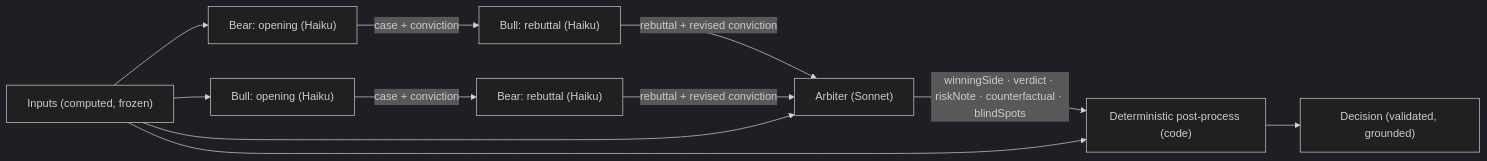
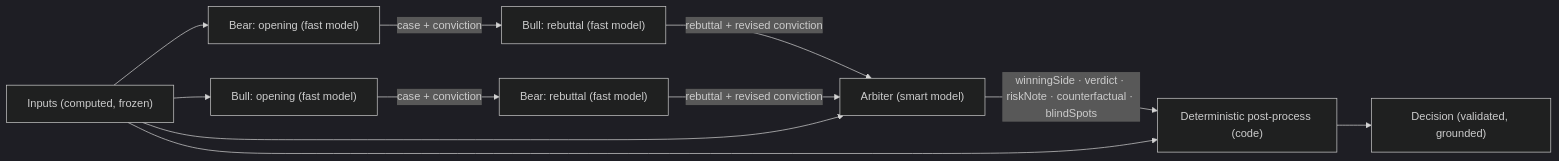
Before and after one commit to supawichza40/glassbox: the diagram in AGENTS.md, drawn with Mermaid (dark theme). The commit also changed other lines of this file and 7 other files, not shown here.

````diff
--- a/AGENTS.md
+++ b/AGENTS.md
@@ -13,13 +15,13 @@
 ```mermaid
 flowchart LR
-    IN["Inputs (computed, frozen)"] --> B1["Bull: opening (Haiku)"]
-    IN --> R1["Bear: opening (Haiku)"]
-    R1 -- "case + conviction" --> B2["Bull: rebuttal (Haiku)"]
-    B1 -- "case + conviction" --> R2["Bear: rebuttal (Haiku)"]
-    B2 -- "rebuttal + revised conviction" --> ARB["Arbiter (Sonnet)"]
+    IN["Inputs (computed, frozen)"] --> B1["Bull: opening (fast model)"]
+    IN --> R1["Bear: opening (fast model)"]
+    R1 -- "case + conviction" --> B2["Bull: rebuttal (fast model)"]
+    B1 -- "case + conviction" --> R2["Bear: rebuttal (fast model)"]
+    B2 -- "rebuttal + revised conviction" --> ARB["Arbiter (smart model)"]
     R2 -- "rebuttal + revised conviction" --> ARB
     IN --> ARB
     ARB -- "winningSide · verdict · riskNote · counterfactual · blindSpots" --> CODE["Deterministic post-process (code)"]
     IN --> CODE
     CODE --> DEC["Decision (validated, grounded)"]
 ```
````
